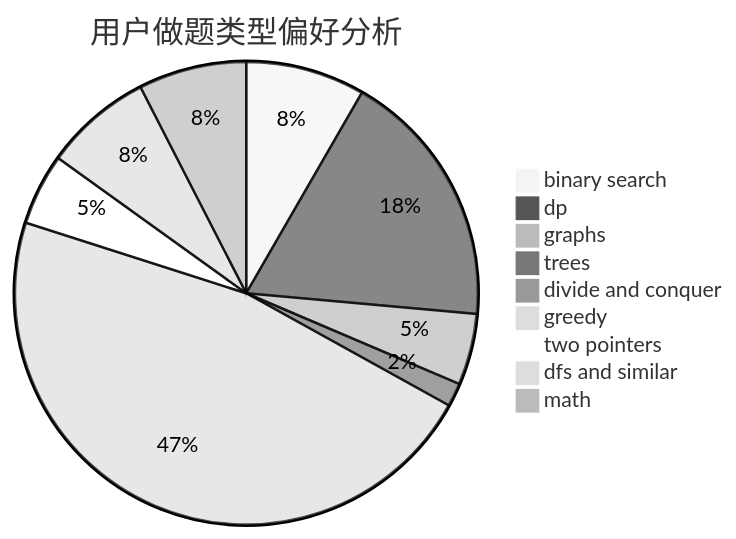
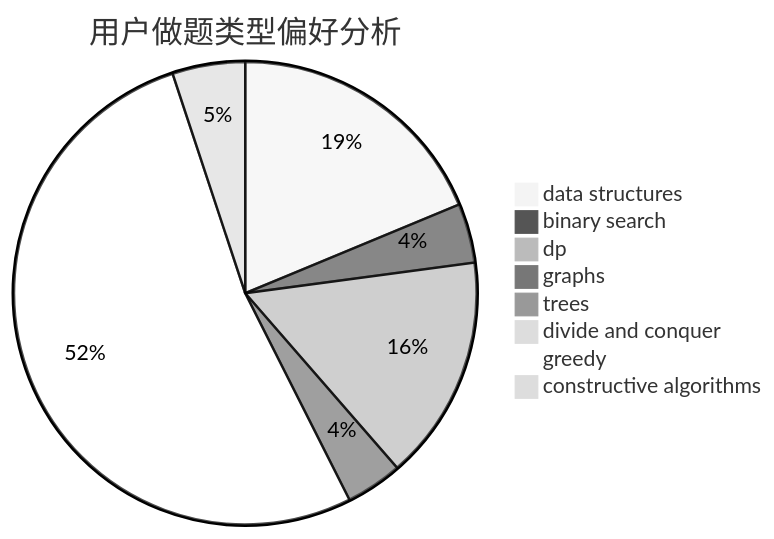
One commit to sherpahu/cfrs.github.io changed the second of 3 diagrams in docs/user/u657.md. Above: the diagram before and after it, drawn with Mermaid (neutral theme). The commit also changed other lines of this file and 2775 other files, not shown here.

````diff
--- a/docs/user/u657.md
+++ b/docs/user/u657.md
@@ -23,12 +23,11 @@
 ```mermaid
 pie title 用户做题类型偏好分析
-    "binary search" :  127
-    "dp" :  276
-    "graphs" :  76
-    "trees" :  25
-    "divide and conquer" :  7
-    "greedy" :  715
-    "two pointers" :  76
-    "dfs and similar" :  115
-    "math" :  115
+    "data structures" :  199
+    "binary search" :  44
+    "dp" :  167
+    "graphs" :  42
+    "trees" :  1
+    "divide and conquer" :  3
+    "greedy" :  556
+    "constructive algorithms" :  54
 ```
````
